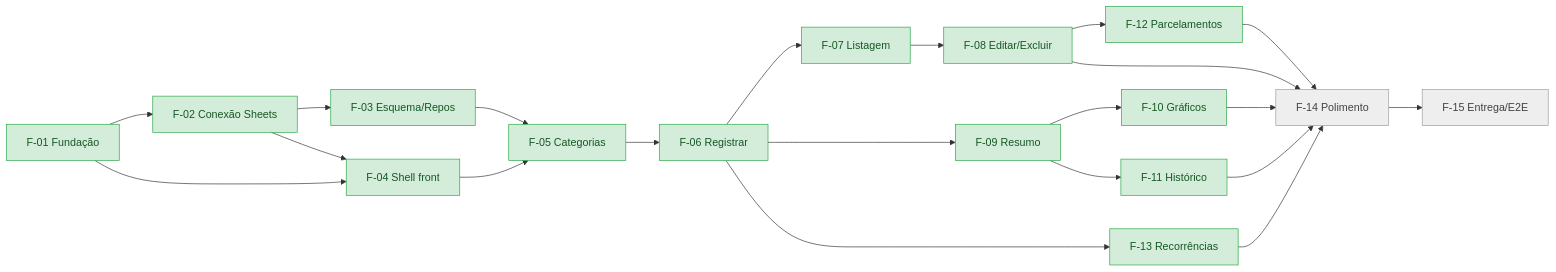
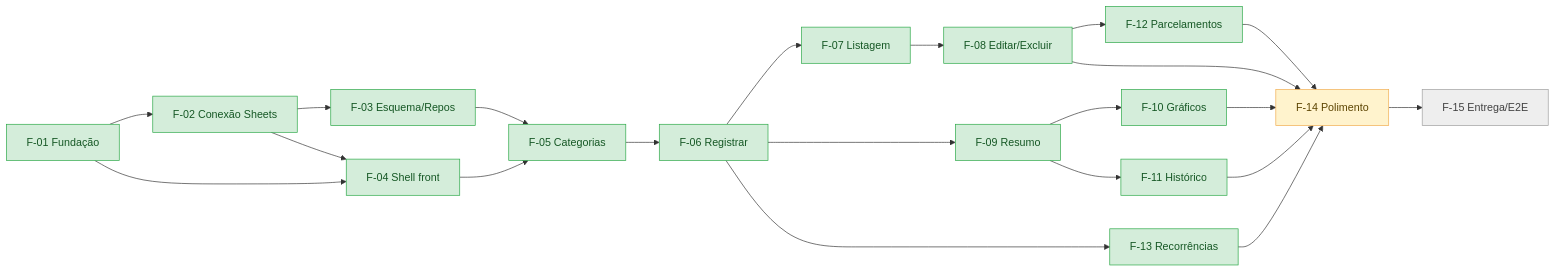
The diagram in SPECS/05-acompanhamento.md (Pedrohcs/PlanilhaFinanceira), drawn with Mermaid before and after one commit. The commit also changed other lines of this file and 25 other files, not shown here.

````diff
--- a/SPECS/05-acompanhamento.md
+++ b/SPECS/05-acompanhamento.md
@@ -64,23 +64,24 @@
 ```mermaid
 flowchart LR
     F01[F-01 Fundação] --> F02[F-02 Conexão Sheets] --> F03[F-03 Esquema/Repos]
     F01 --> F04[F-04 Shell front]
     F02 --> F04
     F03 --> F05[F-05 Categorias]
     F04 --> F05
     F05 --> F06[F-06 Registrar]
     F06 --> F07[F-07 Listagem] --> F08[F-08 Editar/Excluir]
     F06 --> F09[F-09 Resumo]
     F09 --> F10[F-10 Gráficos]
     F09 --> F11[F-11 Histórico]
     F08 --> F12[F-12 Parcelamentos]
     F06 --> F13[F-13 Recorrências]
     F08 & F10 & F11 & F12 & F13 --> F14[F-14 Polimento]
     F14 --> F15[F-15 Entrega/E2E]
 
     classDef naoIniciada fill:#eeeeee,stroke:#9e9e9e,color:#424242;
     classDef iniciada fill:#fff3cd,stroke:#f0ad4e,color:#5c4400;
     classDef concluida fill:#d4edda,stroke:#28a745,color:#155724;
-    class F14,F15 naoIniciada;
+    class F15 naoIniciada;
+    class F14 iniciada;
     class F01,F02,F03,F04,F05,F06,F07,F08,F09,F10,F11,F12,F13 concluida;
 ```
````
